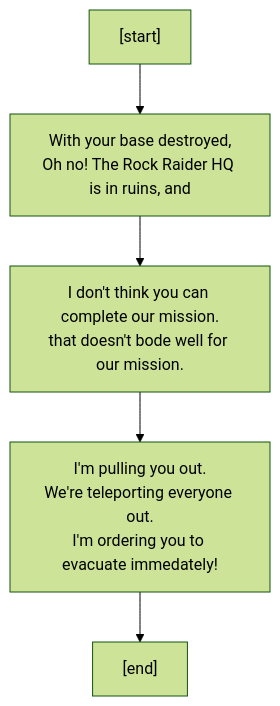
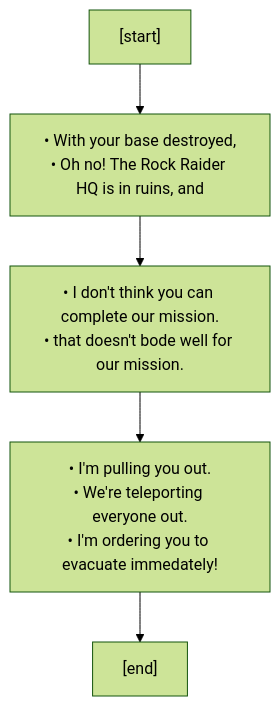
Before and after one commit to charredUtensil/groundhog: the fourth of 14 diagrams in src/core/lore/graphs/events.md, drawn with Mermaid (forest theme). The commit also changed other lines of this file and 7 other files, not shown here.

````diff
--- a/src/core/lore/graphs/events.md
+++ b/src/core/lore/graphs/events.md
@@ -47,12 +47,12 @@
 ```mermaid
 flowchart TD;
 P0["[start]"]
 P0 --> P1
-P1["With your base destroyed,<br/>Oh no! The Rock Raider HQ is in ruins, and"]
+P1["&bull; With your base destroyed,<br/>&bull; Oh no! The Rock Raider HQ is in ruins, and"]
 P1 --> P2
-P2["I don't think you can complete our mission.<br/>that doesn't bode well for our mission."]
+P2["&bull; I don't think you can complete our mission.<br/>&bull; that doesn't bode well for our mission."]
 P2 --> P3
-P3["I'm pulling you out.<br/>We're teleporting everyone out.<br/>I'm ordering you to evacuate immedately!"]
+P3["&bull; I'm pulling you out.<br/>&bull; We're teleporting everyone out.<br/>&bull; I'm ordering you to evacuate immedately!"]
 P3 --> P4
 P4["[end]"]
 ```
````
